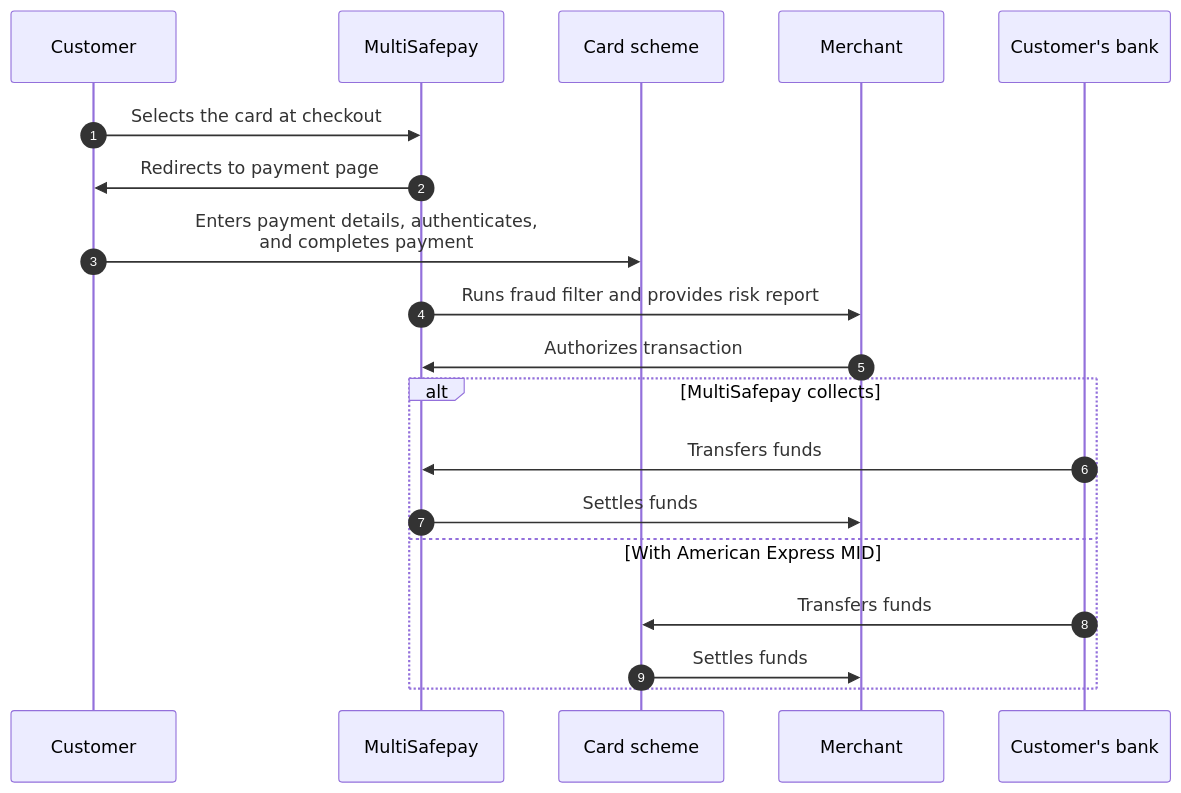
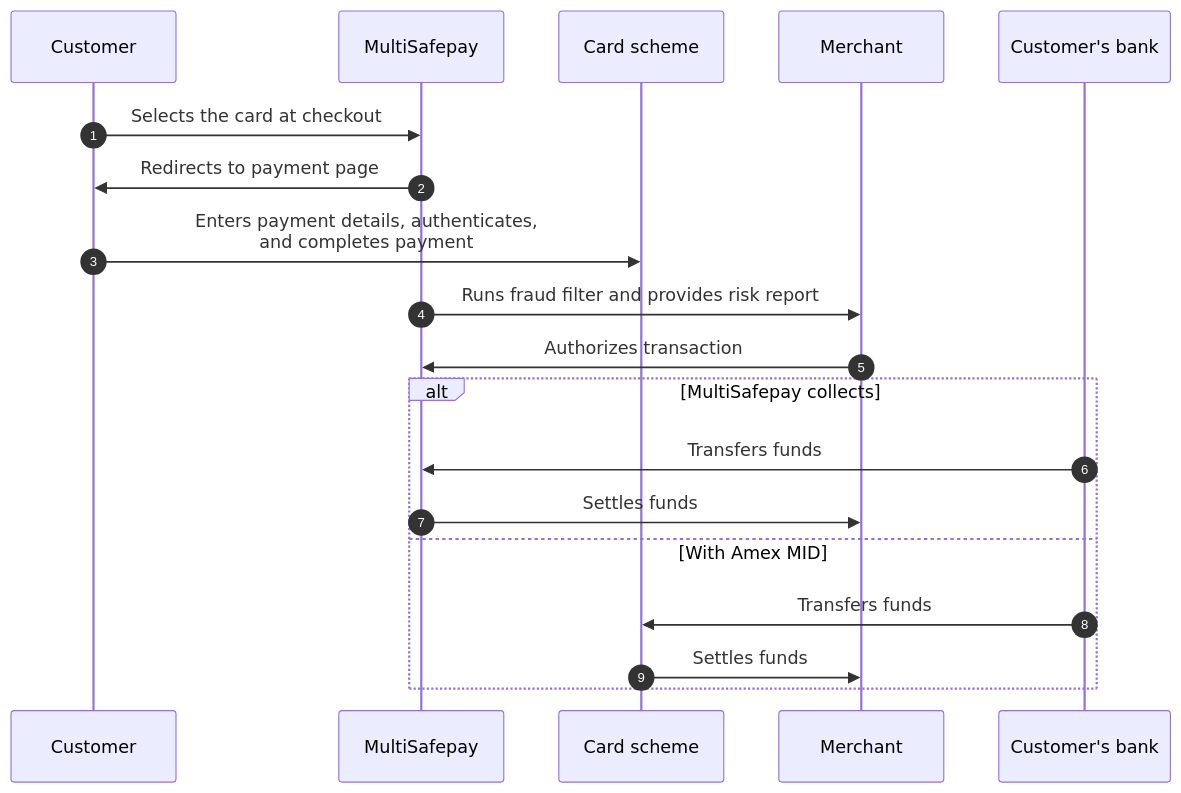
One commit to MultiSafepay/docs changed the diagram in content/payments/methods/credit-and-debit-cards/overview/_index.md. Above: the diagram before and after it, drawn with Mermaid. The commit also changed other lines of this file and 62 other files, not shown here.

```diff
--- a/content/payments/methods/credit-and-debit-cards/overview/_index.md
+++ b/content/payments/methods/credit-and-debit-cards/overview/_index.md
@@ -74,24 +218,24 @@
 {{< mermaid class="text-center" >}}
 
 sequenceDiagram
     autonumber
     participant C as Customer
     participant Mu as MultiSafepay
     participant CS as Card scheme
     participant Me as Merchant
     participant CB as Customer's bank
 
     C->>Mu: Selects the card at checkout
     Mu->>C: Redirects to payment page
     C->>CS: Enters payment details, authenticates, <br> and completes payment
     Mu->>Me: Runs fraud filter and provides risk report
     Me->>Mu: Authorizes transaction
     alt MultiSafepay collects
         CB->>Mu: Transfers funds 
         Mu->>Me: Settles funds
-    else With American Express MID
+    else With Amex MID
         CB->>CS: Transfers funds
         CS->>Me: Settles funds
     end
     
 {{< /mermaid >}}
```
